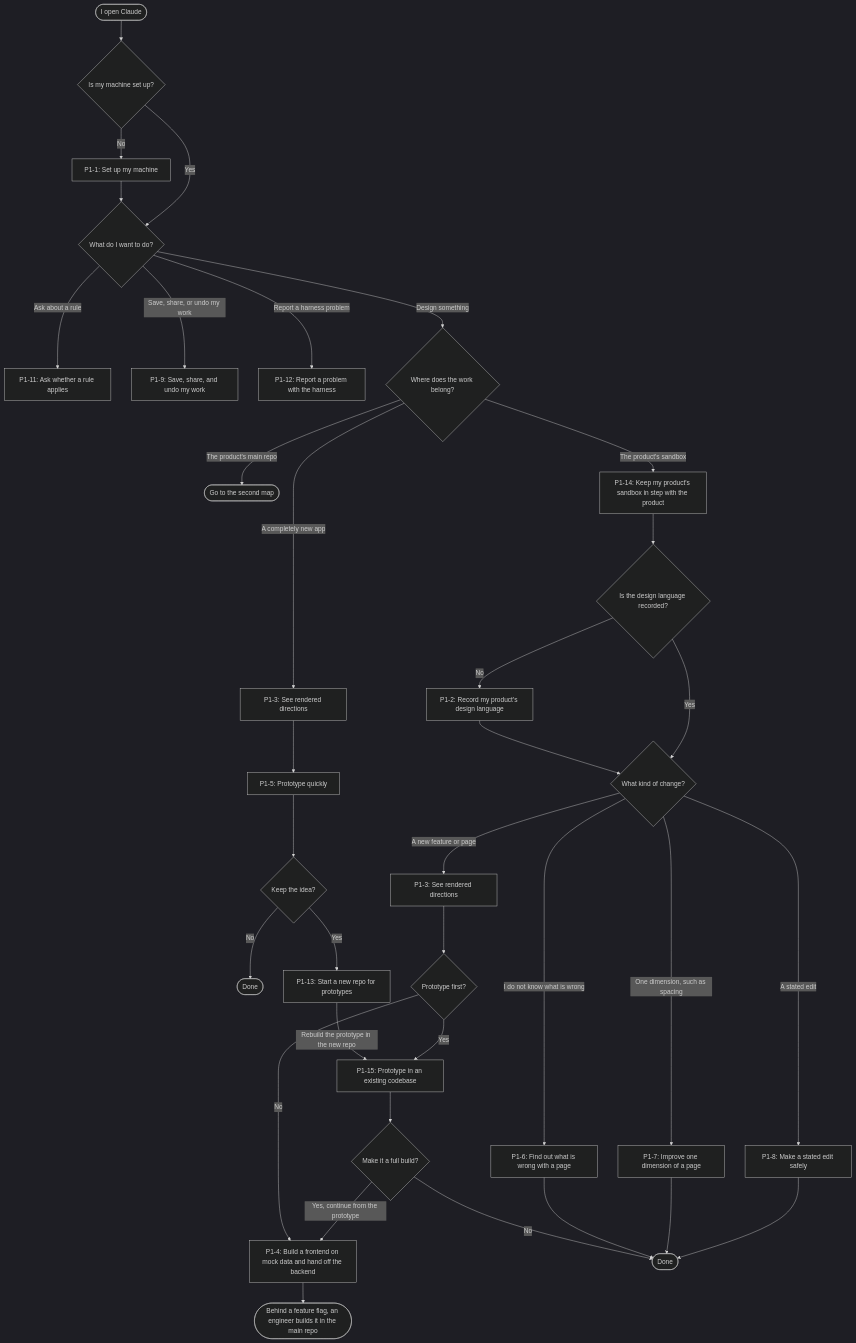
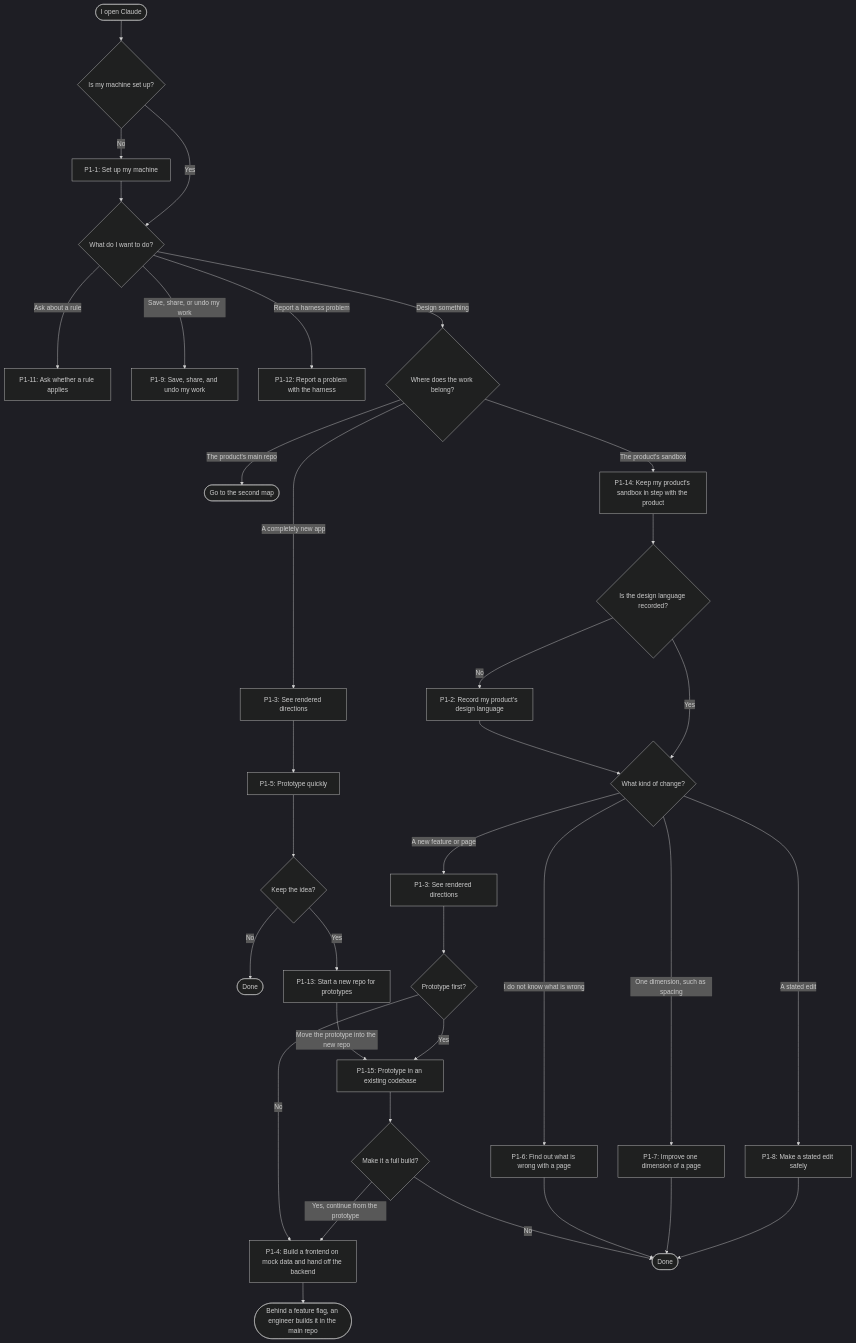
The first of 2 diagrams in docs/specs/2026-10-05-design-revamp/stories/p1-designer.md (transformteamsg/dx-harness), drawn with Mermaid (dark theme) before and after one commit. The commit also changed other lines of this file, not shown here.

````diff
--- a/docs/specs/2026-10-05-design-revamp/stories/p1-designer.md
+++ b/docs/specs/2026-10-05-design-revamp/stories/p1-designer.md
@@ -50,36 +51,36 @@
 ```mermaid
 flowchart TD
     start([I open Claude]) --> setup{Is my machine set up?}
     setup -- No --> P1_1["P1-1: Set up my machine"] --> want
     setup -- Yes --> want{What do I want to do?}
 
     want -- Ask about a rule --> P1_11["P1-11: Ask whether a rule applies"]
     want -- "Save, share, or undo my work" --> P1_9["P1-9: Save, share, and undo my work"]
     want -- Report a harness problem --> P1_12["P1-12: Report a problem with the harness"]
     want -- Design something --> repo{Where does the work belong?}
 
     repo -- "The product's main repo" --> toMain(["Go to the second map"])
     repo -- A completely new app --> dirA["P1-3: See rendered directions"] --> P1_5["P1-5: Prototype quickly"]
     P1_5 --> keep5{Keep the idea?}
     keep5 -- No --> doneA([Done])
     keep5 -- Yes --> P1_13["P1-13: Start a new repo for prototypes"]
-    P1_13 -- "Rebuild the prototype in the new repo" --> P1_15
+    P1_13 -- "Move the prototype into the new repo" --> P1_15
 
     repo -- "The product's sandbox" --> P1_14["P1-14: Keep my product's sandbox in step with the product"]
     P1_14 --> lang{Is the design language recorded?}
     lang -- No --> P1_2["P1-2: Record my product's design language"] --> change
     lang -- Yes --> change{What kind of change?}
     change -- A stated edit --> P1_8["P1-8: Make a stated edit safely"]
     change -- I do not know what is wrong --> P1_6["P1-6: Find out what is wrong with a page"]
     change -- "One dimension, such as spacing" --> P1_7["P1-7: Improve one dimension of a page"]
     change -- A new feature or page --> dirB["P1-3: See rendered directions"] --> proto{Prototype first?}
     proto -- Yes --> P1_15["P1-15: Prototype in an existing codebase"]
     proto -- No --> P1_4["P1-4: Build a frontend on mock data and hand off the backend"]
     P1_15 --> full{Make it a full build?}
     full -- "Yes, continue from the prototype" --> P1_4
     full -- No --> done([Done])
     P1_4 --> handoff(["Behind a feature flag, an engineer builds it in the main repo"])
     P1_6 --> done
     P1_7 --> done
     P1_8 --> done
 ```
````
